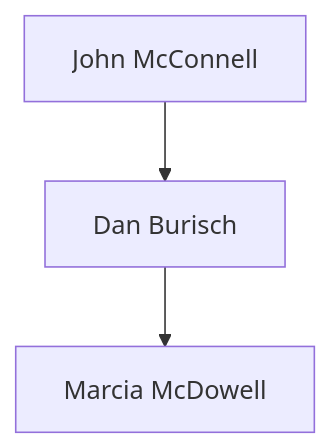
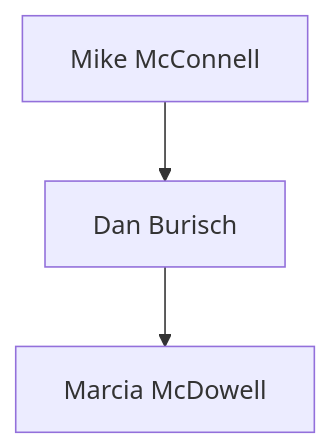
The diagram in docs/people/README.md (Black-Star-Institute/blackstar.github.io), drawn with Mermaid before and after one commit.

````diff
--- a/docs/people/README.md
+++ b/docs/people/README.md
@@ -7,5 +7,5 @@
 ```mermaid
 graph TD
-    McConnell[John McConnell] --> dan
+    McConnell[Mike McConnell] --> dan
     dan[Dan Burisch] --> B[Marcia McDowell]
 ```
````
